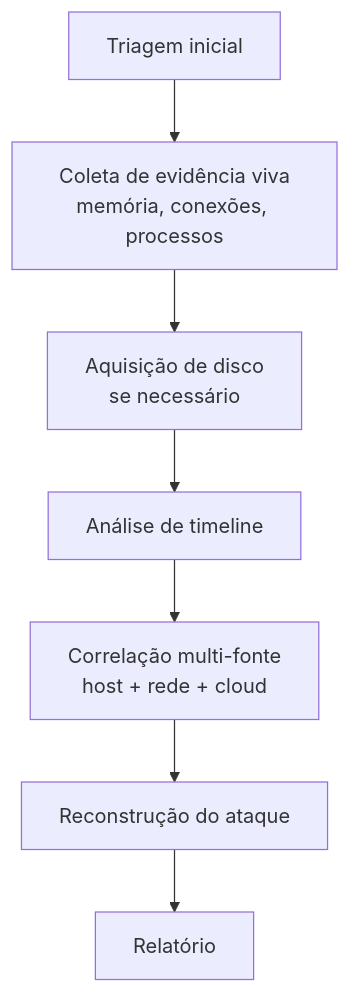
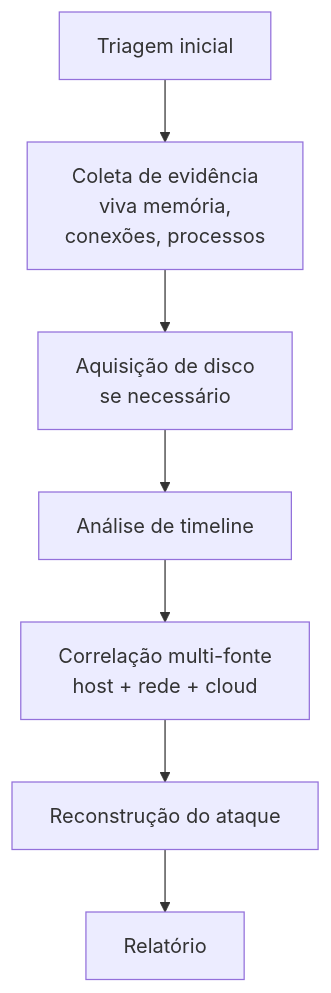
The diagram in DFIR/README.md (LuucasVerdun/Cyber-Attack-Analysis-Framework), drawn with Mermaid before and after one commit. The commit also changed 28 other files, not shown here.

````diff
--- a/DFIR/README.md
+++ b/DFIR/README.md
@@ -15,9 +15,9 @@
 ```mermaid
 flowchart TD
-    A[Triagem inicial] --> B[Coleta de evidência viva<br/>memória, conexões, processos]
+    A[Triagem inicial] --> B[Coleta de evidência<br/>viva memória,<br/>conexões, processos]
     B --> C[Aquisição de disco<br/>se necessário]
     C --> D[Análise de timeline]
     D --> E[Correlação multi-fonte<br/>host + rede + cloud]
     E --> F[Reconstrução do ataque]
     F --> G[Relatório]
 ```
````
